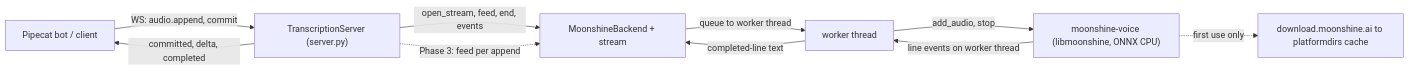
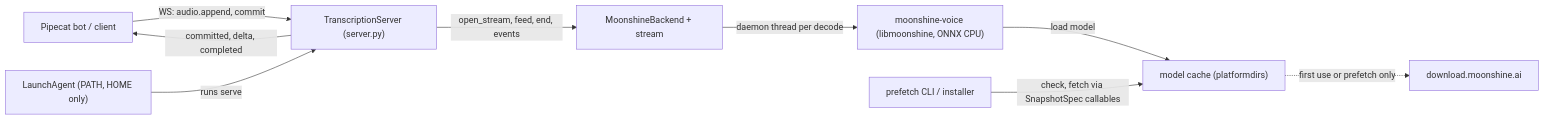
The second of 3 diagrams in docs/dev_plans/20261114-feature-moonshine-backend.md (vr000m/pipecat-local-stt-server), drawn with Mermaid before and after one commit. The commit also changed other lines of this file, not shown here.

First line of the commit message:
docs: revise Moonshine backend plan after review

````diff
--- a/docs/dev_plans/20261114-feature-moonshine-backend.md
+++ b/docs/dev_plans/20261114-feature-moonshine-backend.md
@@ -224,12 +203,11 @@
 ```mermaid
 graph LR
     Client["Pipecat bot / client"] -->|"WS: audio.append, commit"| Server["TranscriptionServer (server.py)"]
     Server -->|"open_stream, feed, end, events"| Backend["MoonshineBackend + stream"]
-    Server -.->|"Phase 3: feed per append"| Backend
-    Backend -->|"queue to worker thread"| Worker["worker thread"]
-    Worker -->|"add_audio, stop"| Runtime["moonshine-voice (libmoonshine, ONNX CPU)"]
-    Runtime -->|"line events on worker thread"| Worker
-    Worker -->|"completed-line text"| Backend
+    Backend -->|"daemon thread per decode"| Runtime["moonshine-voice (libmoonshine, ONNX CPU)"]
     Server -->|"committed, delta, completed"| Client
-    Runtime -.->|"first use only"| CDN["download.moonshine.ai to platformdirs cache"]
+    Prefetch["prefetch CLI / installer"] -->|"check, fetch via SnapshotSpec callables"| Cache["model cache (platformdirs)"]
+    Runtime -->|"load model"| Cache
+    Cache -.->|"first use or prefetch only"| CDN["download.moonshine.ai"]
+    Agent["LaunchAgent (PATH, HOME only)"] -->|"runs serve"| Server
 ```
````
